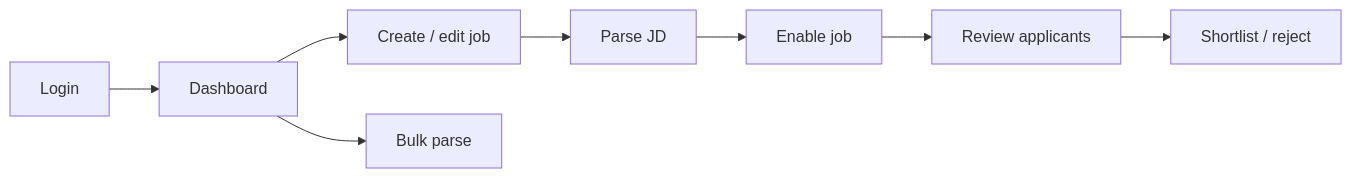
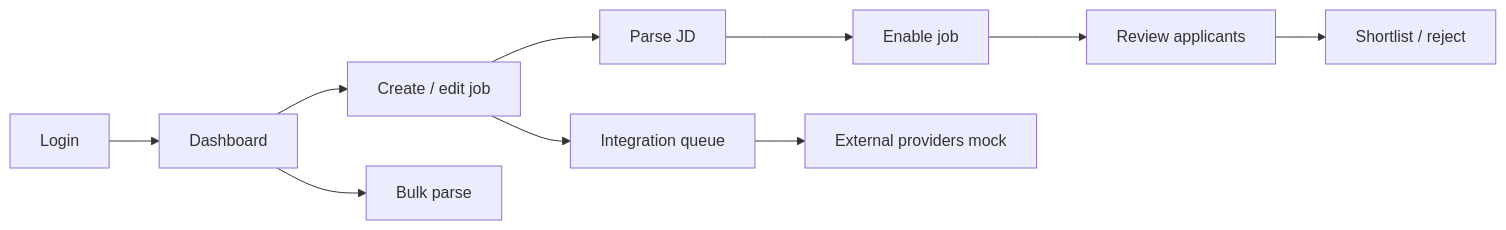
Before and after one commit to TechBerryAI/HR-Intelligence-Platform: the third of 8 diagrams in docs/04-Workflow.md, drawn with Mermaid. The commit also changed other lines of this file and 64 other files, not shown here.

````diff
--- a/docs/04-Workflow.md
+++ b/docs/04-Workflow.md
@@ -209,10 +210,12 @@
 ```mermaid
 flowchart LR
   L[Login] --> D[Dashboard]
   D --> J[Create / edit job]
   J --> P[Parse JD]
   P --> E[Enable job]
   E --> R[Review applicants]
   R --> S[Shortlist / reject]
   D --> B[Bulk parse]
+  J --> I[Integration queue]
+  I --> X[External providers mock]
 ```
````
